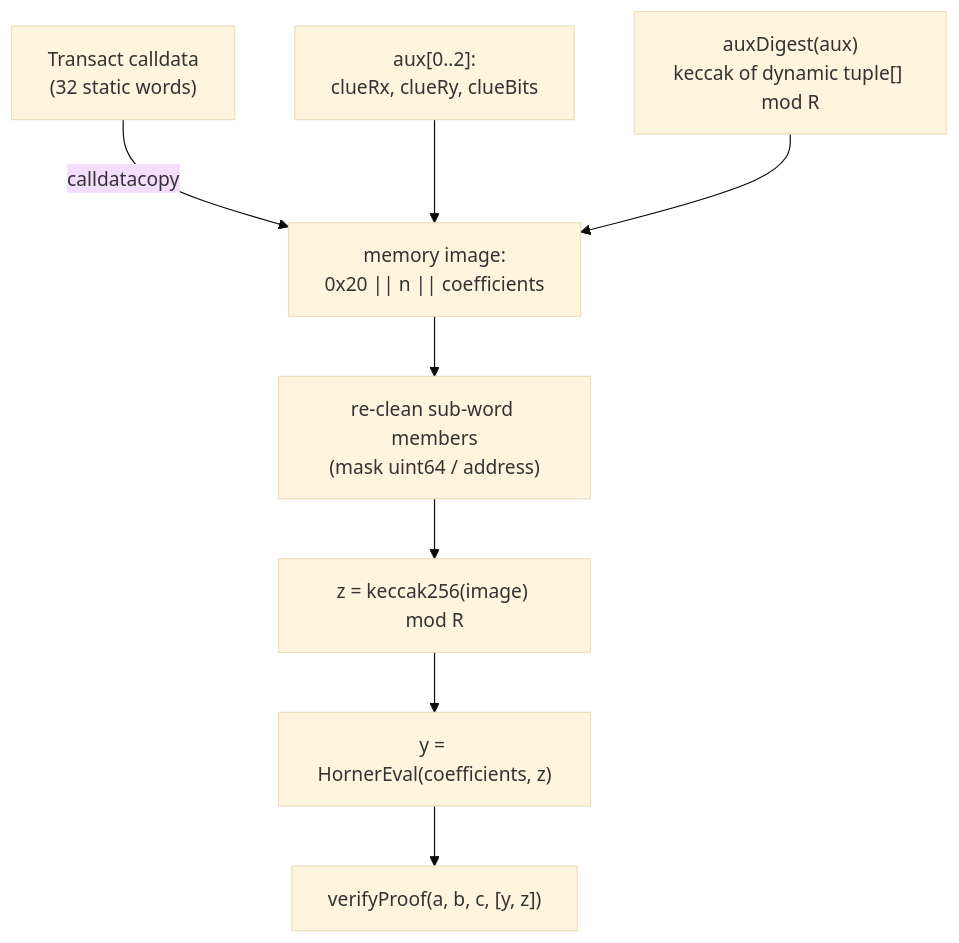
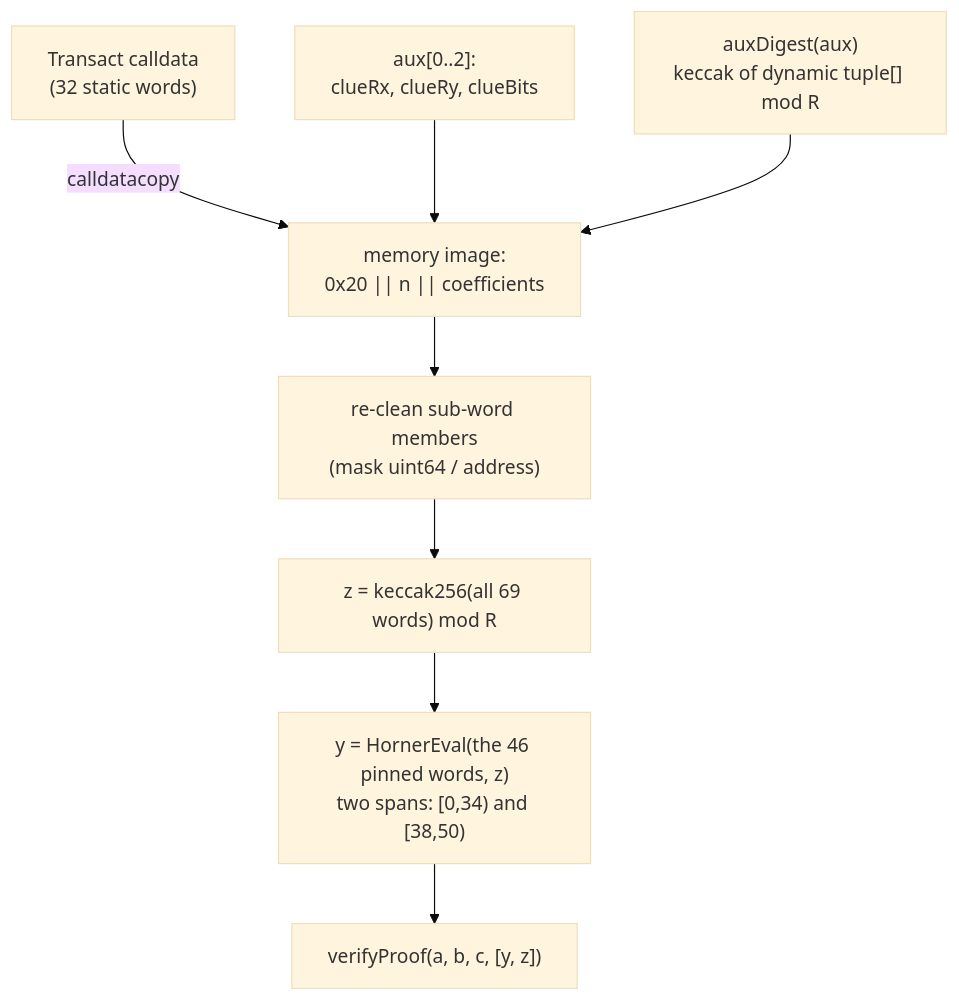
Before and after one commit to lelantos-org/contracts: the fifth of 11 diagrams in src/README.md, drawn with Mermaid (base theme). The commit also changed other lines of this file and 291 other files, not shown here.

````diff
--- a/src/README.md
+++ b/src/README.md
@@ -285,10 +323,10 @@
 ```mermaid
 flowchart TD
   A["Transact calldata<br/>(32 static words)"] -->|calldatacopy| B["memory image:<br/>0x20 || n || coefficients"]
   A2["aux[0..2]:<br/>clueRx, clueRy, clueBits"] --> B
   A3["auxDigest(aux)<br/>keccak of dynamic tuple[] mod R"] --> B
   B --> C["re-clean sub-word members<br/>(mask uint64 / address)"]
-  C --> D["z = keccak256(image) mod R"]
-  D --> E["y = HornerEval(coefficients, z)"]
+  C --> D["z = keccak256(all 69 words) mod R"]
+  D --> E["y = HornerEval(the 46 pinned words, z)<br/>two spans: [0,34) and [38,50)"]
   E --> F["verifyProof(a, b, c, [y, z])"]
 ```
````
